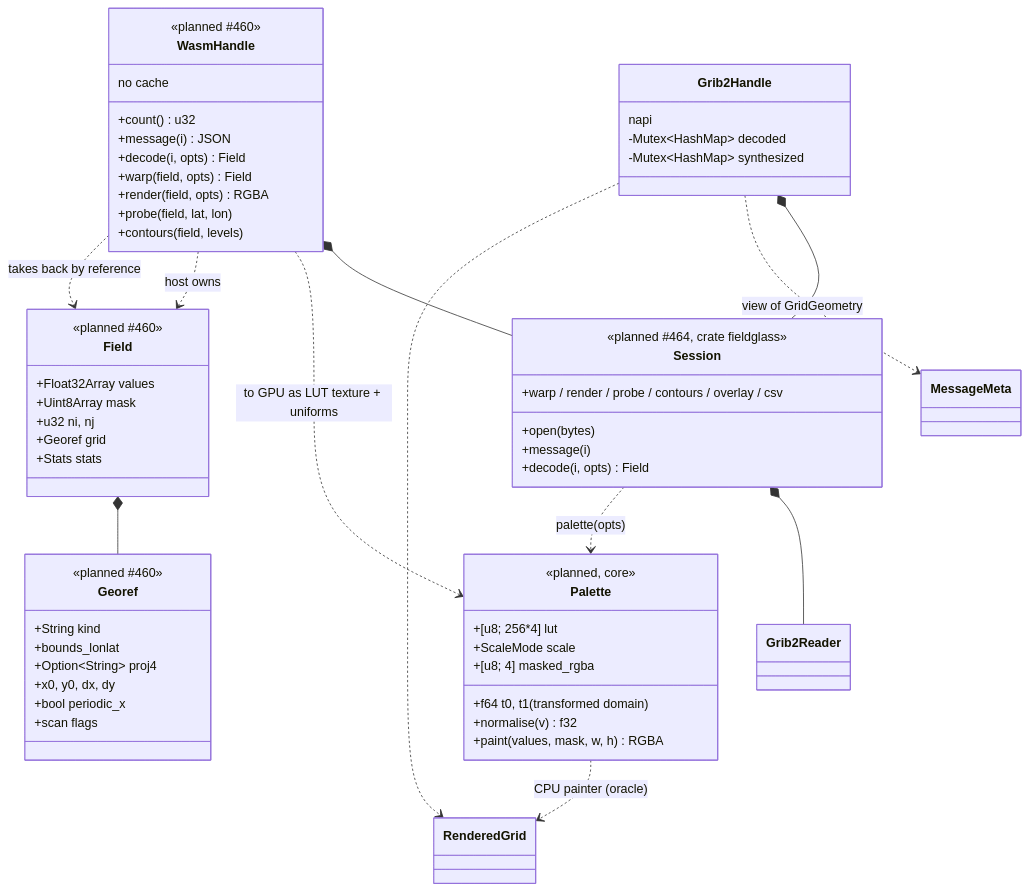
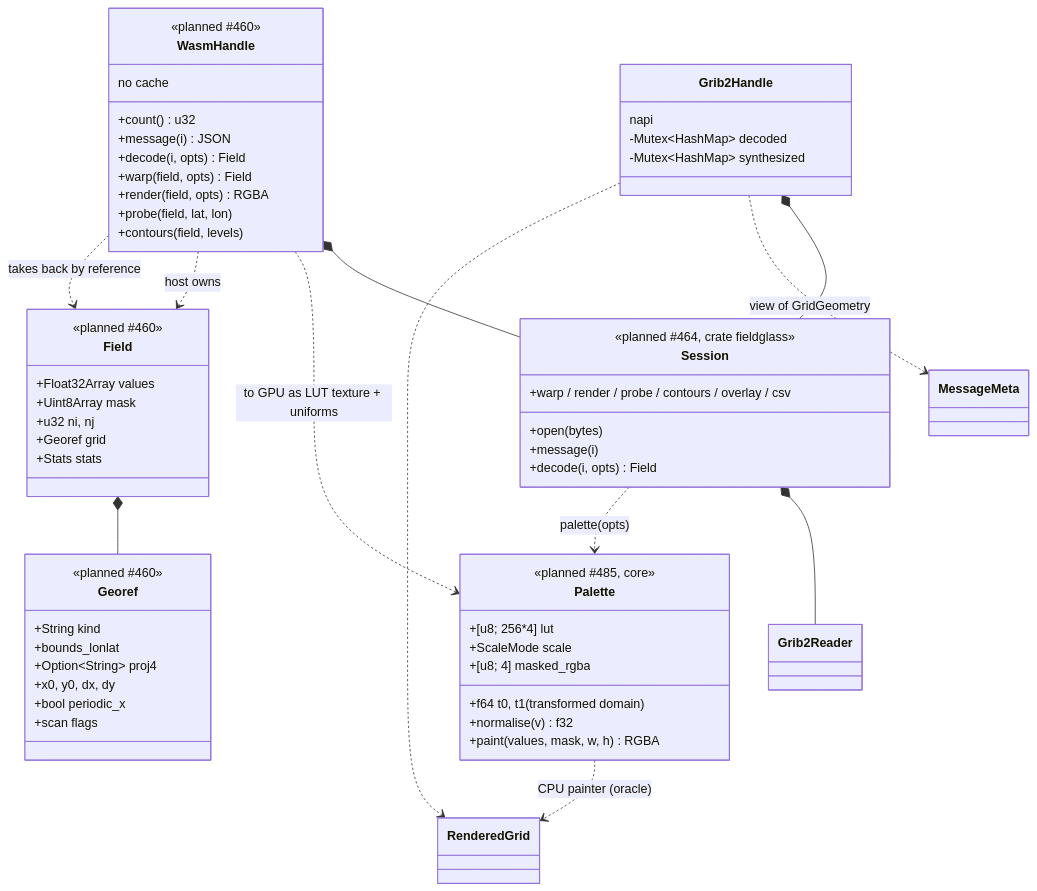
One commit to D0ubleD0uble/fieldglass changed the fourth of 4 diagrams in docs/architecture/planned/03-composition.md. Above: the diagram before and after it, drawn with Mermaid. The commit also changed 1 other file, not shown here.

Commit message:
docs(architecture): tag the Palette nodes with #485
Claude-Session: https://claude.ai/code/session_01HXQLdNBg23o81NEfApXYhF

````diff
--- a/docs/architecture/planned/03-composition.md
+++ b/docs/architecture/planned/03-composition.md
@@ -92,63 +92,63 @@
 ```mermaid
 classDiagram
     class Grib2Handle {
         napi
         -Mutex~HashMap~ decoded
         -Mutex~HashMap~ synthesized
     }
     class WasmHandle {
         <<planned #460>>
         no cache
         +count() u32
         +message(i) JSON
         +decode(i, opts) Field
         +warp(field, opts) Field
         +render(field, opts) RGBA
         +probe(field, lat, lon)
         +contours(field, levels)
     }
     class Field {
         <<planned #460>>
         +Float32Array values
         +Uint8Array mask
         +u32 ni, nj
         +Georef grid
         +Stats stats
     }
     class Georef {
         <<planned #460>>
         +String kind
         +bounds_lonlat
         +Option~String~ proj4
         +x0, y0, dx, dy
         +bool periodic_x
         +scan flags
     }
     class Session {
         <<planned #464, crate fieldglass>>
         +open(bytes)
         +message(i)
         +decode(i, opts) Field
         +warp / render / probe / contours / overlay / csv
     }
     class Palette {
-        <<planned, core>>
+        <<planned #485, core>>
         +[u8; 256*4] lut
         +f64 t0, t1 (transformed domain)
         +ScaleMode scale
         +[u8; 4] masked_rgba
         +normalise(v) f32
         +paint(values, mask, w, h) RGBA
     }
     Grib2Handle *-- Session
     WasmHandle *-- Session
     Session *-- Grib2Reader
     Session ..> Palette : palette(opts)
     Palette ..> RenderedGrid : CPU painter (oracle)
     WasmHandle ..> Palette : to GPU as LUT texture + uniforms
     Grib2Handle ..> MessageMeta : view of GridGeometry
     Grib2Handle ..> RenderedGrid
     WasmHandle ..> Field : host owns
     Field *-- Georef
     WasmHandle ..> Field : takes back by reference
 ```
````
